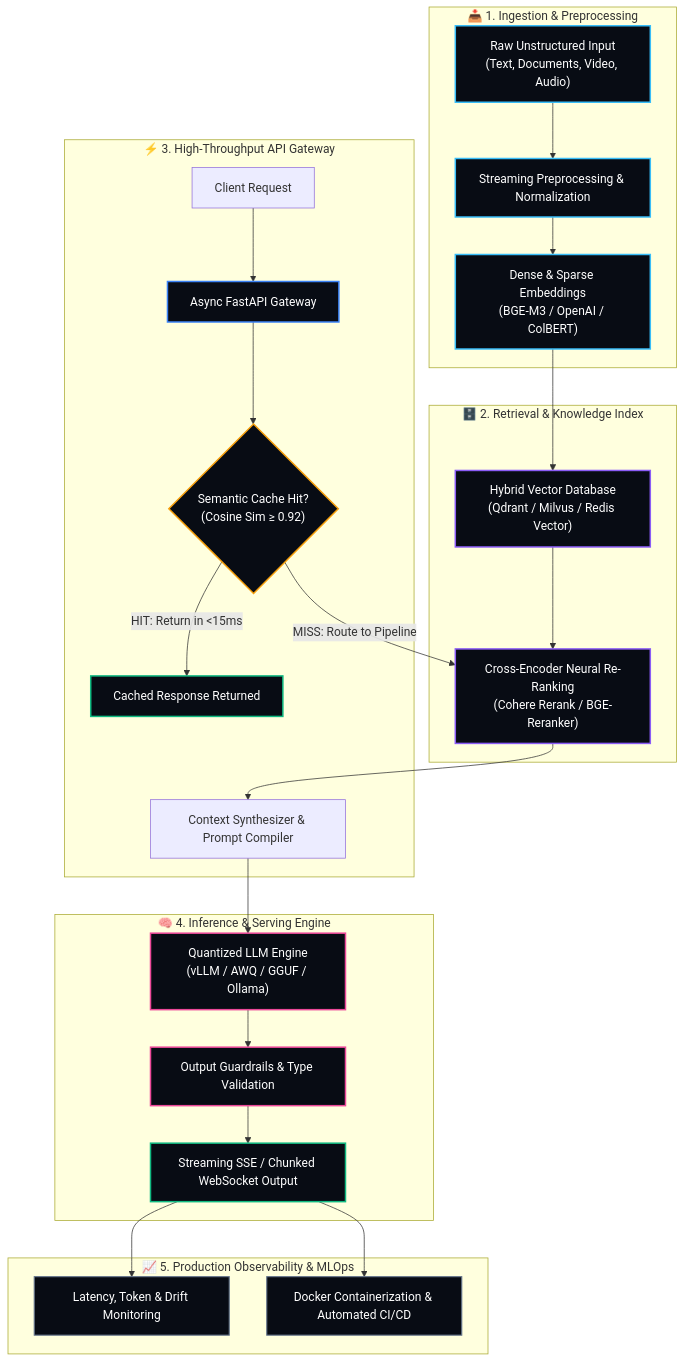
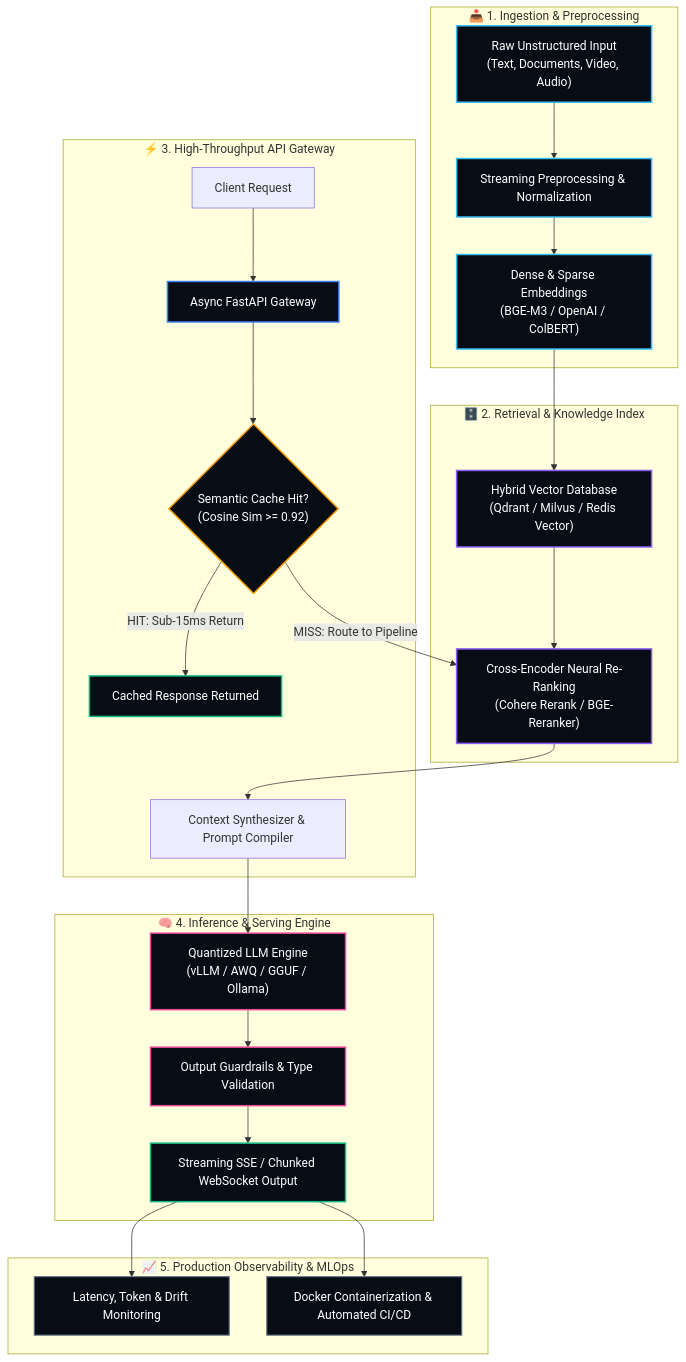
One commit to Anurag637/Anurag637 changed the diagram in README.md. Above: the diagram before and after it, drawn with Mermaid. The commit also changed other lines of this file and 1 other file, not shown here.

````diff
--- a/README.md
+++ b/README.md
@@ -106,45 +110,45 @@
 ```mermaid
 flowchart TD
     subgraph INGEST ["📥 1. Ingestion & Preprocessing"]
         A1["Raw Unstructured Input<br/>(Text, Documents, Video, Audio)"] --> A2["Streaming Preprocessing & Normalization"]
         A2 --> A3["Dense & Sparse Embeddings<br/>(BGE-M3 / OpenAI / ColBERT)"]
     end
 
     subgraph RETRIEVAL ["🗄️ 2. Retrieval & Knowledge Index"]
         A3 --> B1["Hybrid Vector Database<br/>(Qdrant / Milvus / Redis Vector)"]
         B1 --> B2["Cross-Encoder Neural Re-Ranking<br/>(Cohere Rerank / BGE-Reranker)"]
     end
 
     subgraph GATEWAY ["⚡ 3. High-Throughput API Gateway"]
         C1["Client Request"] --> C2["Async FastAPI Gateway"]
-        C2 --> C3{"Semantic Cache Hit?<br/>(Cosine Sim &ge; 0.92)"}
-        C3 -- "HIT: Return in &lt;15ms" --> C4["Cached Response Returned"]
+        C2 --> C3{"Semantic Cache Hit?<br/>(Cosine Sim >= 0.92)"}
+        C3 -- "HIT: Sub-15ms Return" --> C4["Cached Response Returned"]
         C3 -- "MISS: Route to Pipeline" --> B2
         B2 --> C5["Context Synthesizer & Prompt Compiler"]
     end
 
     subgraph INFERENCE ["🧠 4. Inference & Serving Engine"]
         C5 --> D1["Quantized LLM Engine<br/>(vLLM / AWQ / GGUF / Ollama)"]
         D1 --> D2["Output Guardrails & Type Validation"]
         D2 --> D3["Streaming SSE / Chunked WebSocket Output"]
     end
 
     subgraph OPS ["📈 5. Production Observability & MLOps"]
         D3 --> E1["Latency, Token & Drift Monitoring"]
         D3 --> E2["Docker Containerization & Automated CI/CD"]
     end
 
     style A1 fill:#080c14,stroke:#38bdf8,stroke-width:2px,color:#fff
     style A2 fill:#080c14,stroke:#38bdf8,stroke-width:2px,color:#fff
     style A3 fill:#080c14,stroke:#38bdf8,stroke-width:2px,color:#fff
     style B1 fill:#080c14,stroke:#8b5cf6,stroke-width:2px,color:#fff
     style B2 fill:#080c14,stroke:#8b5cf6,stroke-width:2px,color:#fff
     style C2 fill:#080c14,stroke:#3b82f6,stroke-width:2px,color:#fff
     style C3 fill:#080c14,stroke:#f59e0b,stroke-width:2px,color:#fff
     style C4 fill:#080c14,stroke:#10b981,stroke-width:2px,color:#fff
     style D1 fill:#080c14,stroke:#ec4899,stroke-width:2px,color:#fff
     style D2 fill:#080c14,stroke:#ec4899,stroke-width:2px,color:#fff
     style D3 fill:#080c14,stroke:#10b981,stroke-width:2px,color:#fff
     style E1 fill:#080c14,stroke:#64748b,stroke-width:1.5px,color:#fff
     style E2 fill:#080c14,stroke:#64748b,stroke-width:1.5px,color:#fff
 ```
````
